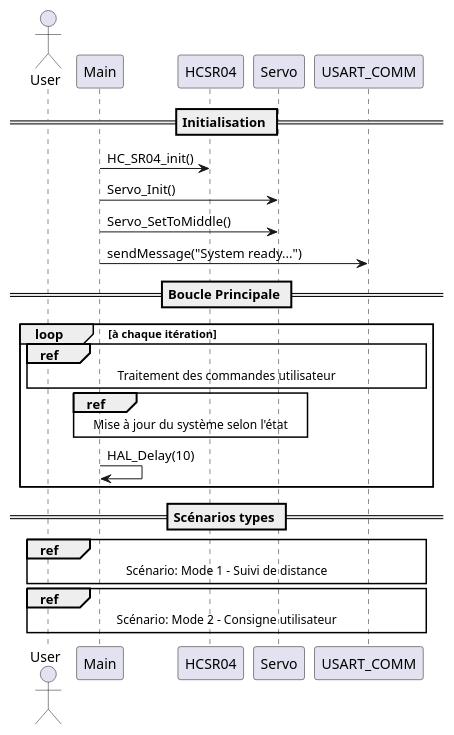
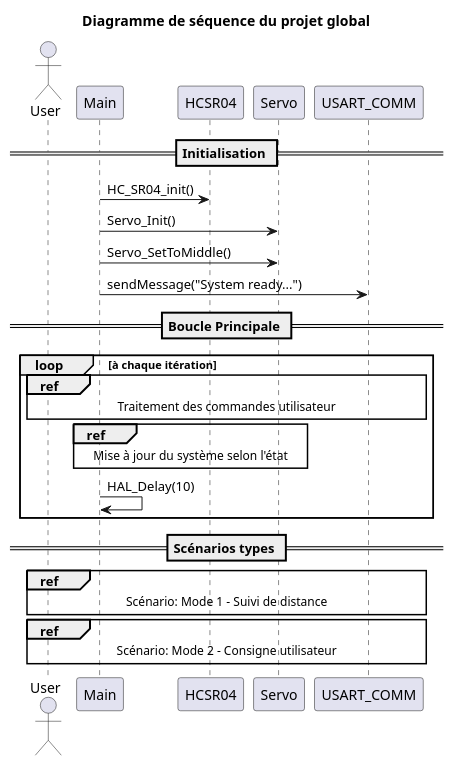
Before and after one commit to AzTaiiyoo/Capteur_actionneur: the diagram in doc/DS-Main.puml, drawn with PlantUML. The commit also changed 5 other files, not shown here.

Commit message:
MàJ des diagrammes de séquence

```diff
--- a/doc/DS-Main.puml
+++ b/doc/DS-Main.puml
@@ -1,39 +1,42 @@
 @startuml
+
+title Diagramme de séquence du projet global
+
 ' Participants (modules)
 actor "User" as User
 participant "Main" as Main
 participant "HCSR04" as HCSR04
 participant "Servo" as Servo
 participant "USART_COMM" as USART
 
 ' Initialisation
 == Initialisation ==
 Main -> HCSR04: HC_SR04_init()
 Main -> Servo: Servo_Init()
 Main -> Servo: Servo_SetToMiddle()
 Main -> USART: sendMessage("System ready...")
 
 ' Boucle principale avec référence
 == Boucle Principale ==
 loop à chaque itération
   ref over User, Main, HCSR04, Servo, USART
     Traitement des commandes utilisateur
   end ref
   
   ref over Main, HCSR04, Servo
     Mise à jour du système selon l'état
   end ref
   
   Main -> Main: HAL_Delay(10)
 end
 
 ' Scénarios de cas d'utilisation typiques
 == Scénarios types ==
 ref over User, Main, HCSR04, Servo, USART
   Scénario: Mode 1 - Suivi de distance
 end ref
 
 ref over User, Main, Servo, USART
   Scénario: Mode 2 - Consigne utilisateur
 end ref
 @enduml
```
